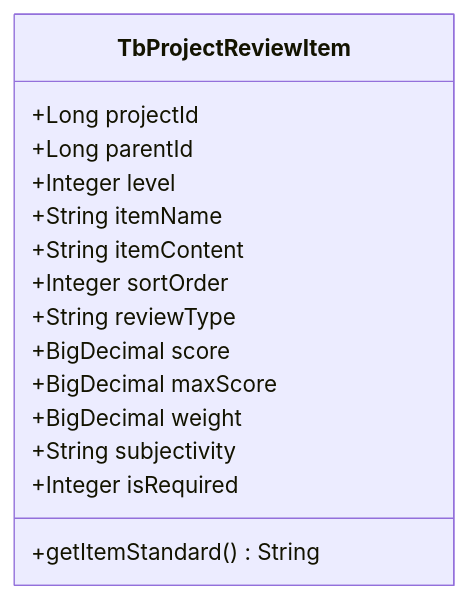
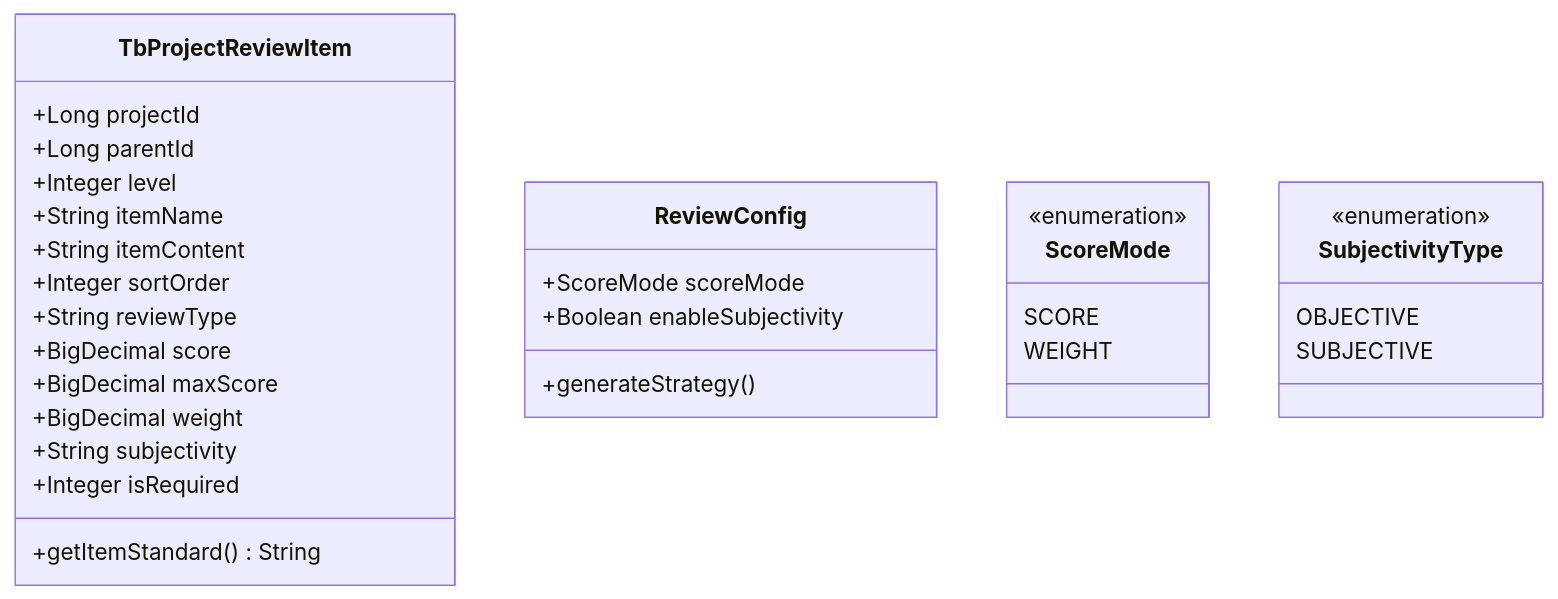
The fourth of 8 diagrams in .qoder/repowiki/zh/content/数据库设计/核心业务数据模型/评审项实体(TbProjectReviewItem).md (DrunkFood/First), drawn with Mermaid before and after one commit. The commit also changed other lines of this file and 70 other files, not shown here.

````diff
--- a/.qoder/repowiki/zh/content/数据库设计/核心业务数据模型/评审项实体(TbProjectReviewItem).md
+++ b/.qoder/repowiki/zh/content/数据库设计/核心业务数据模型/评审项实体(TbProjectReviewItem).md
@@ -201,18 +235,33 @@
 ```mermaid
 classDiagram
 class TbProjectReviewItem {
 +Long projectId
 +Long parentId
 +Integer level
 +String itemName
 +String itemContent
 +Integer sortOrder
 +String reviewType
 +BigDecimal score
 +BigDecimal maxScore
 +BigDecimal weight
 +String subjectivity
 +Integer isRequired
 +getItemStandard() String
 }
+class ReviewConfig {
++ScoreMode scoreMode
++Boolean enableSubjectivity
++generateStrategy()
+}
+class ScoreMode {
+<<enumeration>>
+SCORE
+WEIGHT
+}
+class SubjectivityType {
+<<enumeration>>
+OBJECTIVE
+SUBJECTIVE
+}
 ```
````
